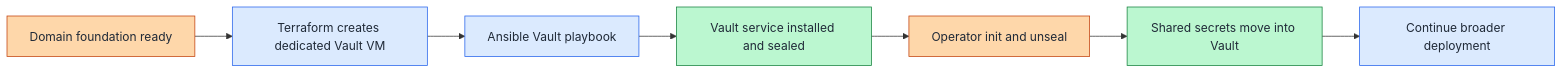
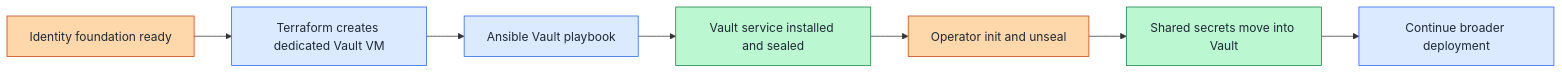
The diagram in docs/foundation/vault-foundation-deployment.md (Rexus/homelab), drawn with Mermaid before and after one commit. The commit also changed other lines of this file and 52 other files, not shown here.

````diff
--- a/docs/foundation/vault-foundation-deployment.md
+++ b/docs/foundation/vault-foundation-deployment.md
@@ -19,17 +19,17 @@
 ```mermaid
 flowchart LR
-  A[Domain foundation ready] --> B[Terraform creates dedicated Vault VM]
+  A[Identity foundation ready] --> B[Terraform creates dedicated Vault VM]
   B --> C[Ansible Vault playbook]
   C --> D[Vault service installed and sealed]
   D --> E[Operator init and unseal]
   E --> F[Shared secrets move into Vault]
   F --> G[Continue broader deployment]
 
   classDef mgmtNode fill:#fed7aa,stroke:#c2410c,color:#1f2937
   classDef buildNode fill:#dbeafe,stroke:#2563eb,color:#1f2937
   classDef vaultNode fill:#bbf7d0,stroke:#15803d,color:#1f2937
 
   class A,E mgmtNode
   class B,C,G buildNode
   class D,F vaultNode
 ```
````
